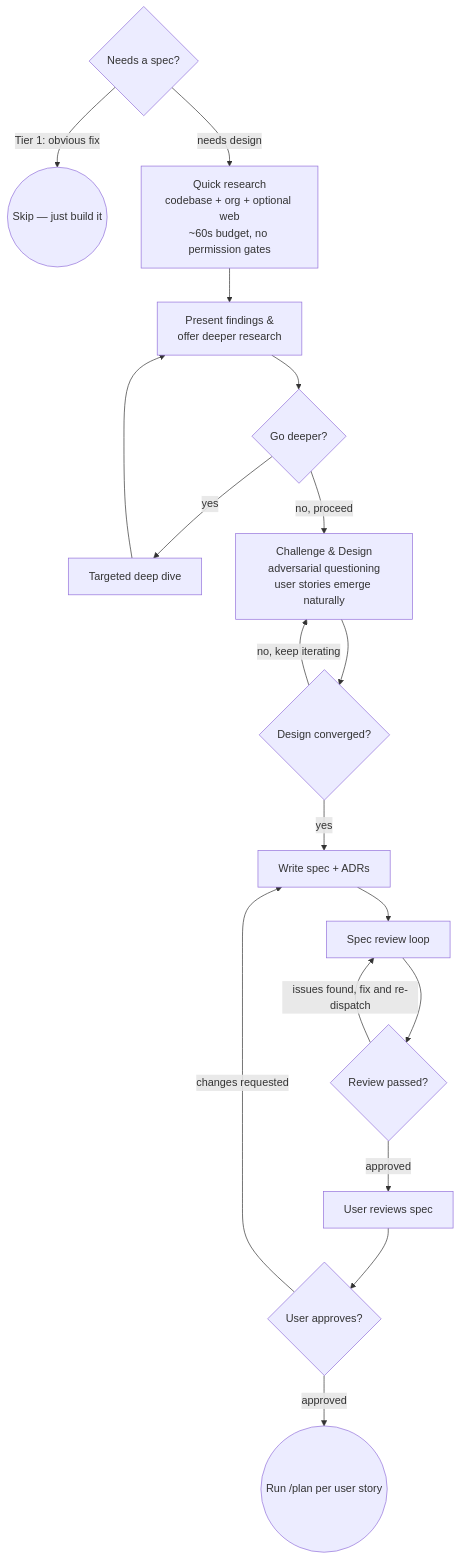
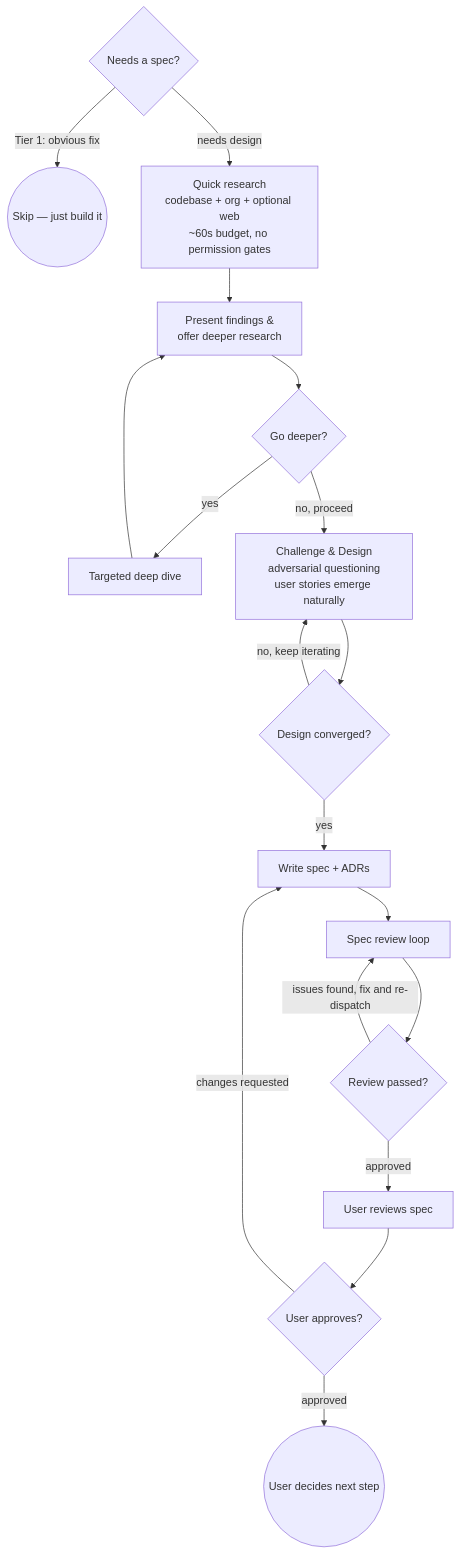
One commit to NooBat/claude changed the diagram in skills/pair-brainstorm/SKILL.md. Above: the diagram before and after it, drawn with Mermaid. The commit also changed other lines of this file and 14 other files, not shown here.

````diff
--- a/skills/pair-brainstorm/SKILL.md
+++ b/skills/pair-brainstorm/SKILL.md
@@ -26,21 +26,21 @@
 ```mermaid
 flowchart TD
     A{Needs a spec?}
     A -->|Tier 1: obvious fix| B((Skip — just build it))
     A -->|needs design| C[Quick research\ncodebase + org + optional web\n~60s budget, no permission gates]
     C --> D[Present findings &\noffer deeper research]
     D --> E{Go deeper?}
     E -->|yes| F[Targeted deep dive]
     F --> D
     E -->|no, proceed| G[Challenge & Design\nadversarial questioning\nuser stories emerge naturally]
     G --> H{Design converged?}
     H -->|no, keep iterating| G
     H -->|yes| I[Write spec + ADRs]
     I --> J[Spec review loop]
     J --> K{Review passed?}
     K -->|issues found, fix and re-dispatch| J
     K -->|approved| L[User reviews spec]
     L --> M{User approves?}
     M -->|changes requested| I
-    M -->|approved| N((Run /plan per user story))
+    M -->|approved| N((User decides next step))
 ```
````
